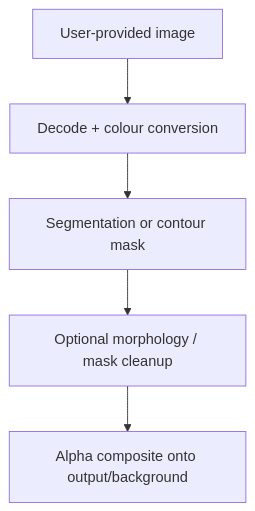
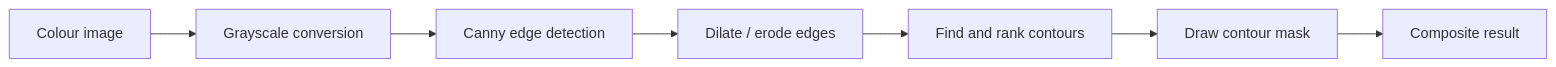
The second of 2 diagrams in 05-background-remover/README.md (CHAITANYA-2002/machine-learning-projects), drawn with Mermaid before and after one commit. The commit also changed other lines of this file and 109 other files, not shown here.

````diff
--- a/05-background-remover/README.md
+++ b/05-background-remover/README.md
@@ -42,7 +71,9 @@
 ```mermaid
-flowchart TB
-    A[User-provided image] --> B[Decode + colour conversion]
-    B --> C[Segmentation or contour mask]
-    C --> D[Optional morphology / mask cleanup]
-    D --> E[Alpha composite onto output/background]
+flowchart LR
+    A[Colour image] --> B[Grayscale conversion]
+    B --> C[Canny edge detection]
+    C --> D[Dilate / erode edges]
+    D --> E[Find and rank contours]
+    E --> F[Draw contour mask]
+    F --> G[Composite result]
 ```
````
